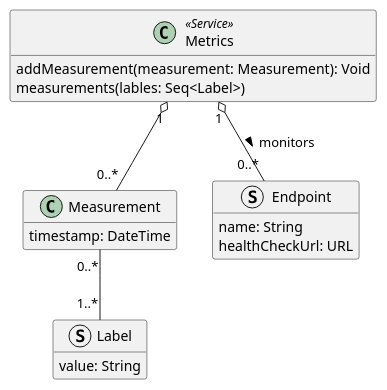
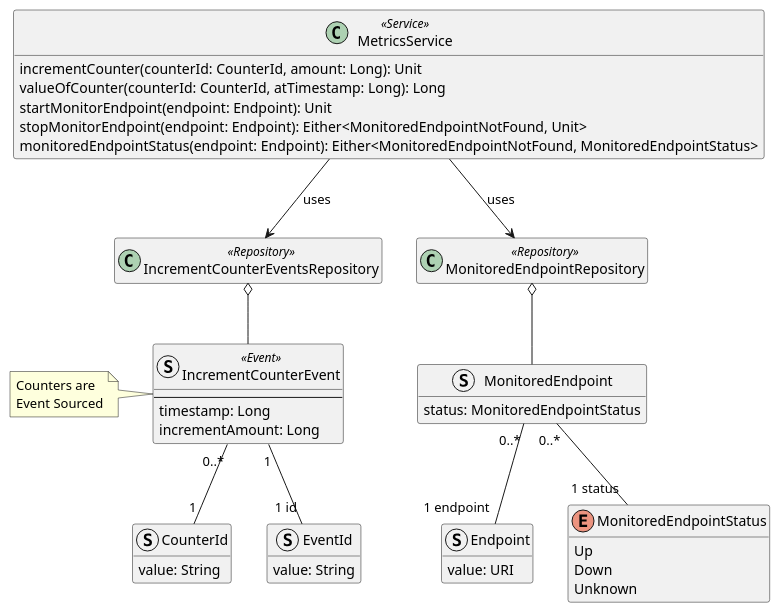
One commit to Ventus218/SAP-assignment-02 changed the diagram in doc/diagrams/src/metrics-service-domain-model.puml. Above: the diagram before and after it, drawn with PlantUML. The commit also changed 19 other files, not shown here.

Commit message:
Added Metrics service

```diff
--- a/doc/diagrams/src/metrics-service-domain-model.puml
+++ b/doc/diagrams/src/metrics-service-domain-model.puml
@@ -1,28 +1,60 @@
 @startuml metrics-service-domain-model
 
-struct Label {
+class MetricsService <<Service>> {
+    incrementCounter(counterId: CounterId, amount: Long): Unit
+    valueOfCounter(counterId: CounterId, atTimestamp: Long): Long
+    startMonitorEndpoint(endpoint: Endpoint): Unit
+    stopMonitorEndpoint(endpoint: Endpoint): Either<MonitoredEndpointNotFound, Unit>
+    monitoredEndpointStatus(endpoint: Endpoint): Either<MonitoredEndpointNotFound, MonitoredEndpointStatus>
+}
+
+struct CounterId {
     value: String
 }
 
-class Measurement {
-    timestamp: DateTime
+struct EventId {
+    value: String
 }
 
-Measurement "0..*" -- "1..*" Label
+struct IncrementCounterEvent <<Event>> {
+    --
+    timestamp: Long
+    incrementAmount: Long
+}
+
+IncrementCounterEvent "0..*" -- "1" CounterId
+IncrementCounterEvent "1" -- "1 id" EventId
+
+class IncrementCounterEventsRepository <<Repository>>
+IncrementCounterEventsRepository o-- IncrementCounterEvent
+MetricsService --> IncrementCounterEventsRepository : "uses"
+
+note left of IncrementCounterEvent
+    Counters are
+    Event Sourced
+end note
+
 
 struct Endpoint {
-    name: String
-    healthCheckUrl: URL
+    value: URI
 }
 
-class Metrics <<Service>> {
-    addMeasurement(measurement: Measurement): Void
-    measurements(lables: Seq<Label>)
+struct MonitoredEndpoint {
+    status: MonitoredEndpointStatus
 }
+MonitoredEndpoint "0..*" -- "1 endpoint" Endpoint
 
-Metrics "1" o-- "0..*" Endpoint : "monitors >"
-Metrics "1" o-- "0..*" Measurement
+enum MonitoredEndpointStatus {
+    Up
+    Down
+    Unknown
+}
+MonitoredEndpoint "0..*" -- "1 status" MonitoredEndpointStatus
+
+class MonitoredEndpointRepository <<Repository>>
+MonitoredEndpointRepository o--  MonitoredEndpoint
+MetricsService --> MonitoredEndpointRepository : "uses"
 
 hide empty members
 
 @enduml
```
